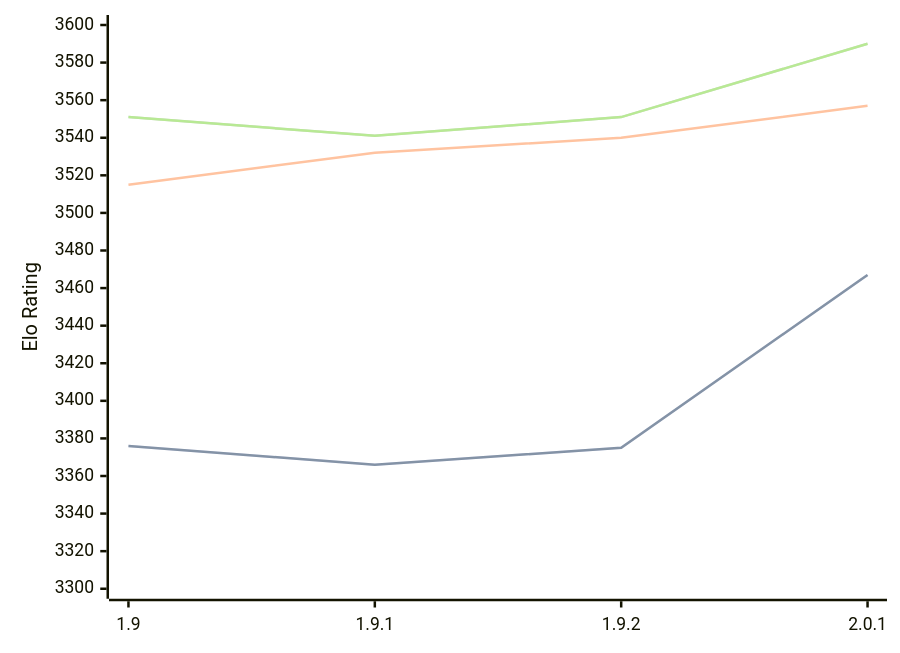
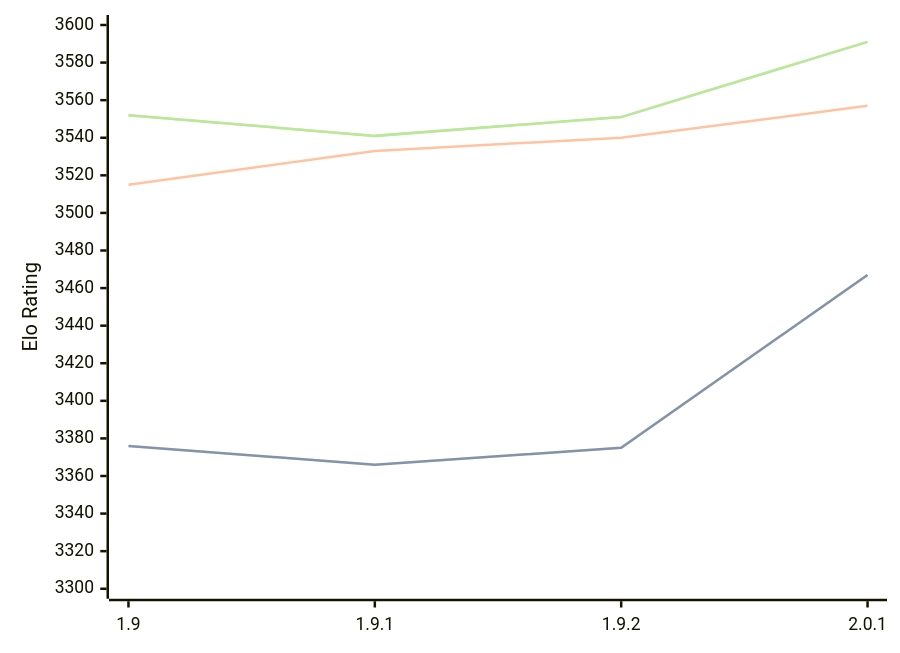
The diagram in engines/Pawnocchio.md (computer-chess-index/cci), drawn with Mermaid before and after one commit. The commit also changed other lines of this file, not shown here.

Commit message:
Update CCI Ratings (ELO VLTC) - 2026-08-29

````diff
--- a/engines/Pawnocchio.md
+++ b/engines/Pawnocchio.md
@@ -36,11 +36,11 @@
 ```mermaid
 %%{init: {"theme":"base","themeVariables":{"seriesColors:['#a3a3a3','#222221','#faa371']}}}%%
 xychart-beta
   x-axis ["1.9", "1.9.1", "1.9.2", "2.0.1"]
   y-axis "Elo Rating" 3300 --> 3600
   line "" [3376, 3366, 3375, 3467]
   line "STC (8.0+0.08s)" [3376, 3366, 3375, 3467]
-  line "LTC (60.0+0.60s)" [3515, 3532, 3540, 3557]
-  line "" [3551, 3541, 3551, 3590]
-  line "VLTC (2m24s+1.12s)" [3551, 3541, 3551, 3590]
+  line "LTC (60.0+0.60s)" [3515, 3533, 3540, 3557]
+  line "" [3552, 3541, 3551, 3591]
+  line "VLTC (2m24s+1.12s)" [3552, 3541, 3551, 3591]
 ```
````
